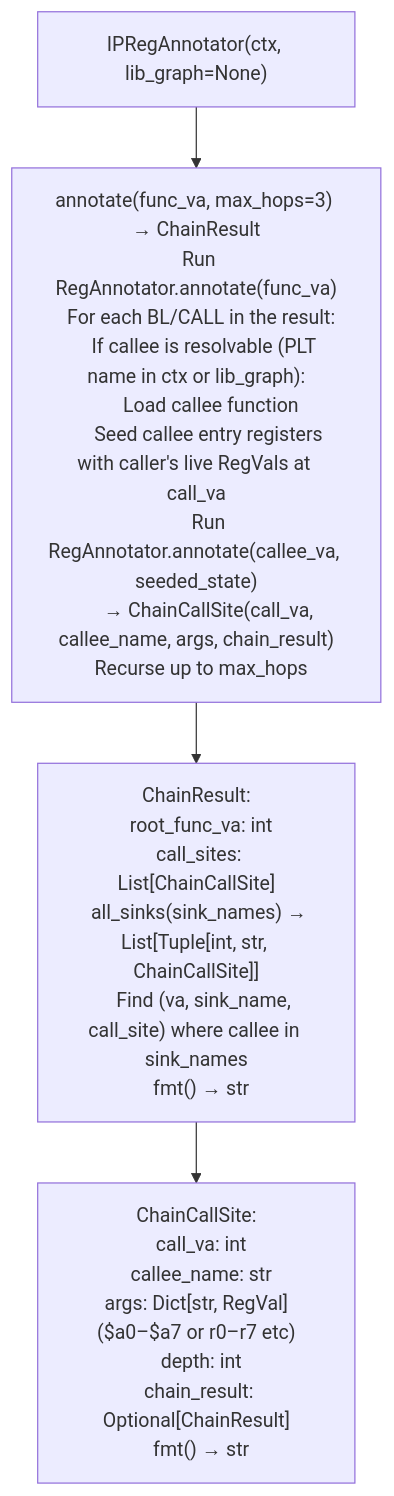
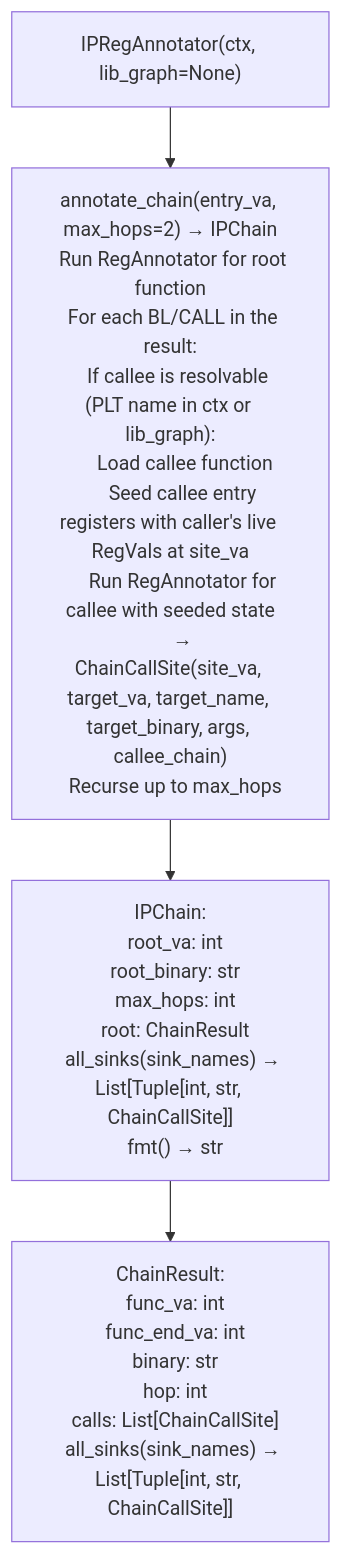
The diagram in docs/reference-modules/call-site-backward-slicing.md (Ablation-Tool/ablation), drawn with Mermaid before and after one commit. The commit also changed other lines of this file, not shown here.

First line of the commit message:
docs: fix IPRegAnnotator API errors in call-site-backward-slicing

````diff
--- a/docs/reference-modules/call-site-backward-slicing.md
+++ b/docs/reference-modules/call-site-backward-slicing.md
@@ -19,6 +19,6 @@
 ```mermaid
 flowchart TD
-    A["IPRegAnnotator(ctx, lib_graph=None)"] --> B["annotate(func_va, max_hops=3) → ChainResult\n  Run RegAnnotator.annotate(func_va)\n  For each BL/CALL in the result:\n    If callee is resolvable (PLT name in ctx or lib_graph):\n      Load callee function\n      Seed callee entry registers with caller's live RegVals at call_va\n      Run RegAnnotator.annotate(callee_va, seeded_state)\n      → ChainCallSite(call_va, callee_name, args, chain_result)\n  Recurse up to max_hops"]
-    B --> C["ChainResult:\n  root_func_va: int\n  call_sites: List[ChainCallSite]\n  all_sinks(sink_names) → List[Tuple[int, str, ChainCallSite]]\n    Find (va, sink_name, call_site) where callee in sink_names\n  fmt() → str"]
-    C --> D["ChainCallSite:\n  call_va: int\n  callee_name: str\n  args: Dict[str, RegVal]  ($a0–$a7 or r0–r7 etc)\n  depth: int\n  chain_result: Optional[ChainResult]\n  fmt() → str"]
+    A["IPRegAnnotator(ctx, lib_graph=None)"] --> B["annotate_chain(entry_va, max_hops=2) → IPChain\n  Run RegAnnotator for root function\n  For each BL/CALL in the result:\n    If callee is resolvable (PLT name in ctx or lib_graph):\n      Load callee function\n      Seed callee entry registers with caller's live RegVals at site_va\n      Run RegAnnotator for callee with seeded state\n      → ChainCallSite(site_va, target_va, target_name, target_binary, args, callee_chain)\n  Recurse up to max_hops"]
+    B --> C["IPChain:\n  root_va: int\n  root_binary: str\n  max_hops: int\n  root: ChainResult\n  all_sinks(sink_names) → List[Tuple[int, str, ChainCallSite]]\n  fmt() → str"]
+    C --> D["ChainResult:\n  func_va: int\n  func_end_va: int\n  binary: str\n  hop: int\n  calls: List[ChainCallSite]\n  all_sinks(sink_names) → List[Tuple[int, str, ChainCallSite]]"]
 ```
````
